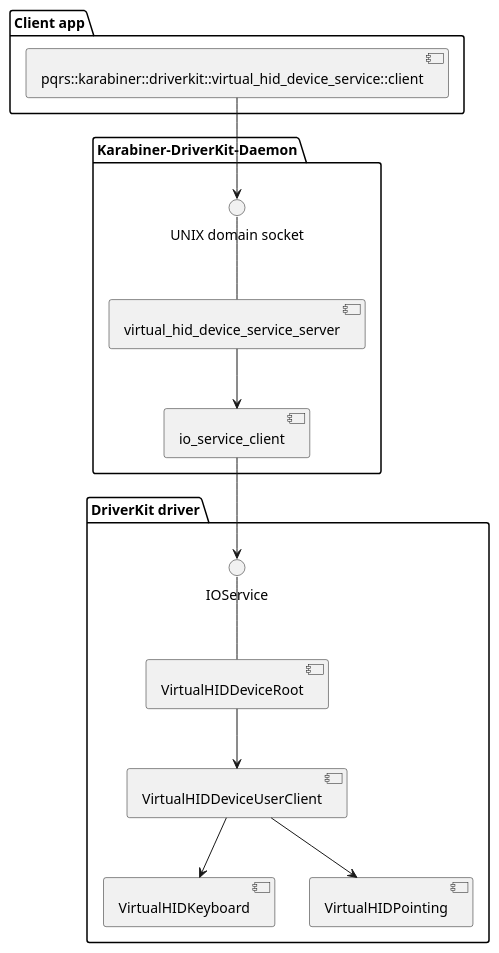
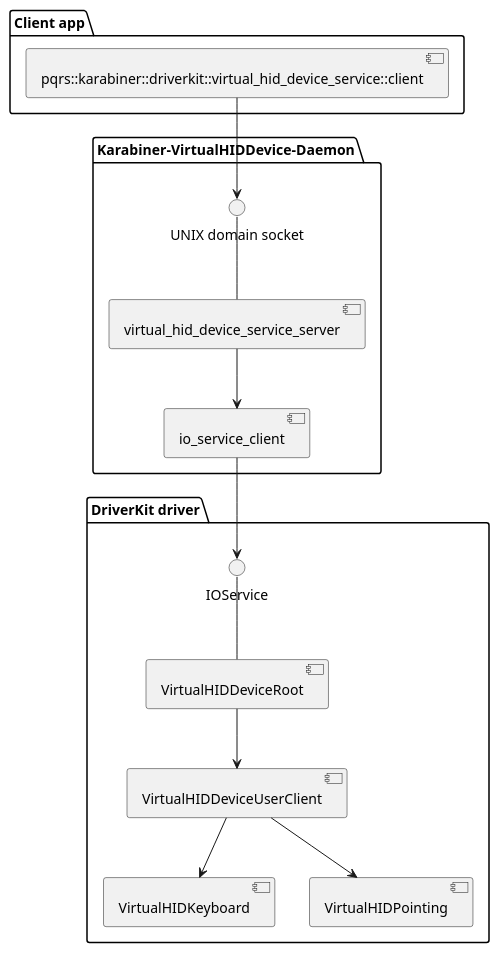
Before and after one commit to pqrs-org/Karabiner-DriverKit-VirtualHIDDevice: the diagram in docs/plantuml/components.plantuml, drawn with PlantUML. The commit also changed 14 other files, not shown here.

Commit message:
Karabiner-DriverKit-Daemon -> Karabiner-VirtualHIDDevice-Daemon

```diff
--- a/docs/plantuml/components.plantuml
+++ b/docs/plantuml/components.plantuml
@@ -1,21 +1,21 @@
 @startuml components
 
 package "DriverKit driver" {
   () IOService -- [VirtualHIDDeviceRoot]
   [VirtualHIDDeviceRoot] --> [VirtualHIDDeviceUserClient]
   [VirtualHIDDeviceUserClient] --> [VirtualHIDKeyboard]
   [VirtualHIDDeviceUserClient] --> [VirtualHIDPointing]
 }
 
-package "Karabiner-DriverKit-Daemon" {
+package "Karabiner-VirtualHIDDevice-Daemon" {
   () "UNIX domain socket" as serversock
   serversock -- [virtual_hid_device_service_server]
   [virtual_hid_device_service_server] --> [io_service_client]
   [io_service_client] --> () IOService
 }
 
 package "Client app" {
   [pqrs::karabiner::driverkit::virtual_hid_device_service::client] --> serversock
 }
 
 @enduml
```
